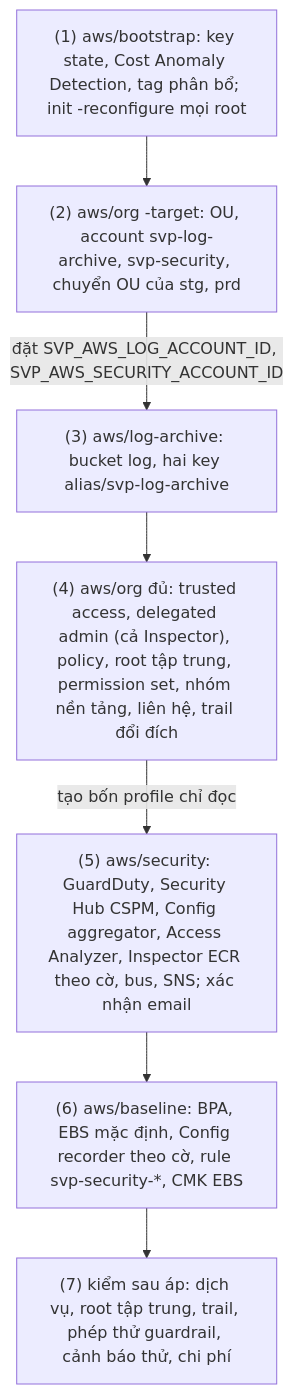
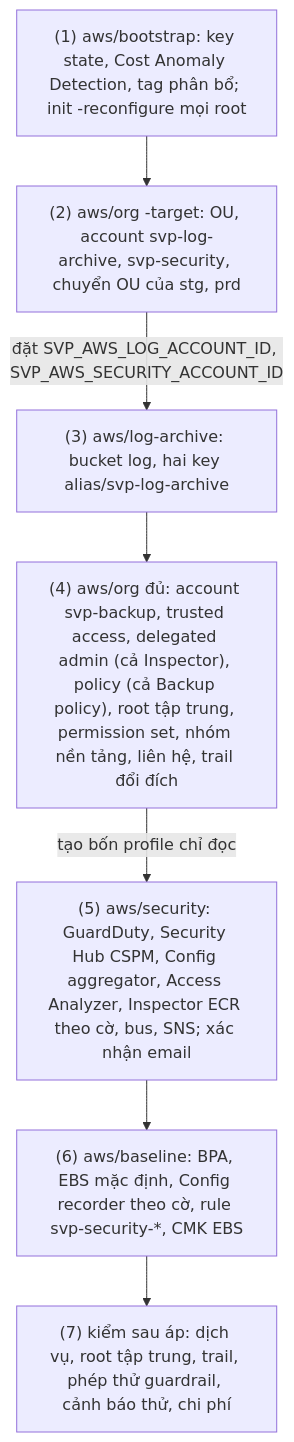
The diagram in docs/runbooks/org-security-setup.md (anhnvcoder/svp-infra), drawn with Mermaid before and after one commit. The commit also changed other lines of this file and 54 other files, not shown here.

````diff
--- a/docs/runbooks/org-security-setup.md
+++ b/docs/runbooks/org-security-setup.md
@@ -25,10 +26,10 @@
 ```mermaid
 flowchart TD
   B1["(1) aws/bootstrap: key state, Cost Anomaly Detection, tag phân bổ; init -reconfigure mọi root"] --> B2
   B2["(2) aws/org -target: OU, account svp-log-archive, svp-security, chuyển OU của stg, prd"] -->|đặt SVP_AWS_LOG_ACCOUNT_ID, SVP_AWS_SECURITY_ACCOUNT_ID| B3
   B3["(3) aws/log-archive: bucket log, hai key alias/svp-log-archive"] --> B4
-  B4["(4) aws/org đủ: trusted access, delegated admin (cả Inspector), policy, root tập trung, permission set, nhóm nền tảng, liên hệ, trail đổi đích"] -->|tạo bốn profile chỉ đọc| B5
+  B4["(4) aws/org đủ: account svp-backup, trusted access, delegated admin (cả Inspector), policy (cả Backup policy), root tập trung, permission set, nhóm nền tảng, liên hệ, trail đổi đích"] -->|tạo bốn profile chỉ đọc| B5
   B5["(5) aws/security: GuardDuty, Security Hub CSPM, Config aggregator, Access Analyzer, Inspector ECR theo cờ, bus, SNS; xác nhận email"] --> B6
   B6["(6) aws/baseline: BPA, EBS mặc định, Config recorder theo cờ, rule svp-security-*, CMK EBS"] --> B7
   B7["(7) kiểm sau áp: dịch vụ, root tập trung, trail, phép thử guardrail, cảnh báo thử, chi phí"]
 ```
````
